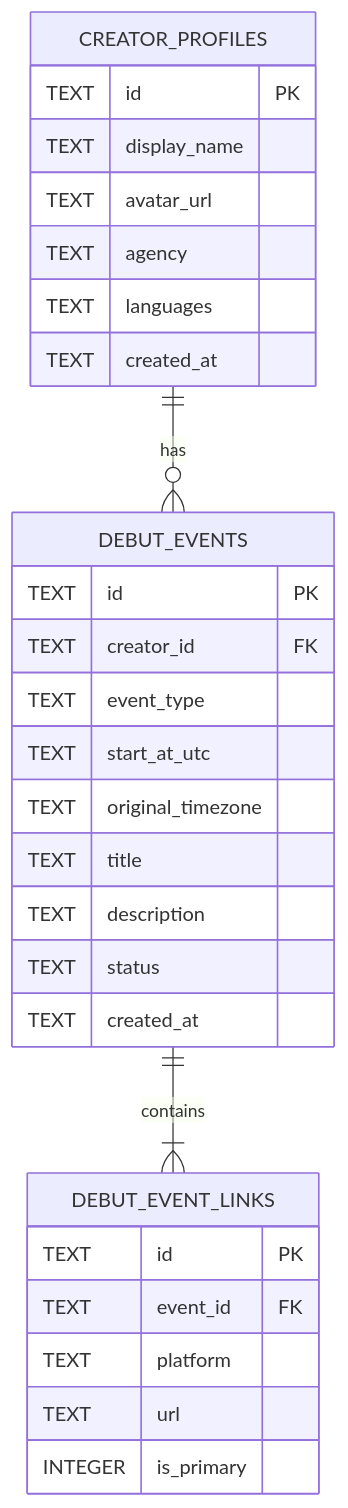
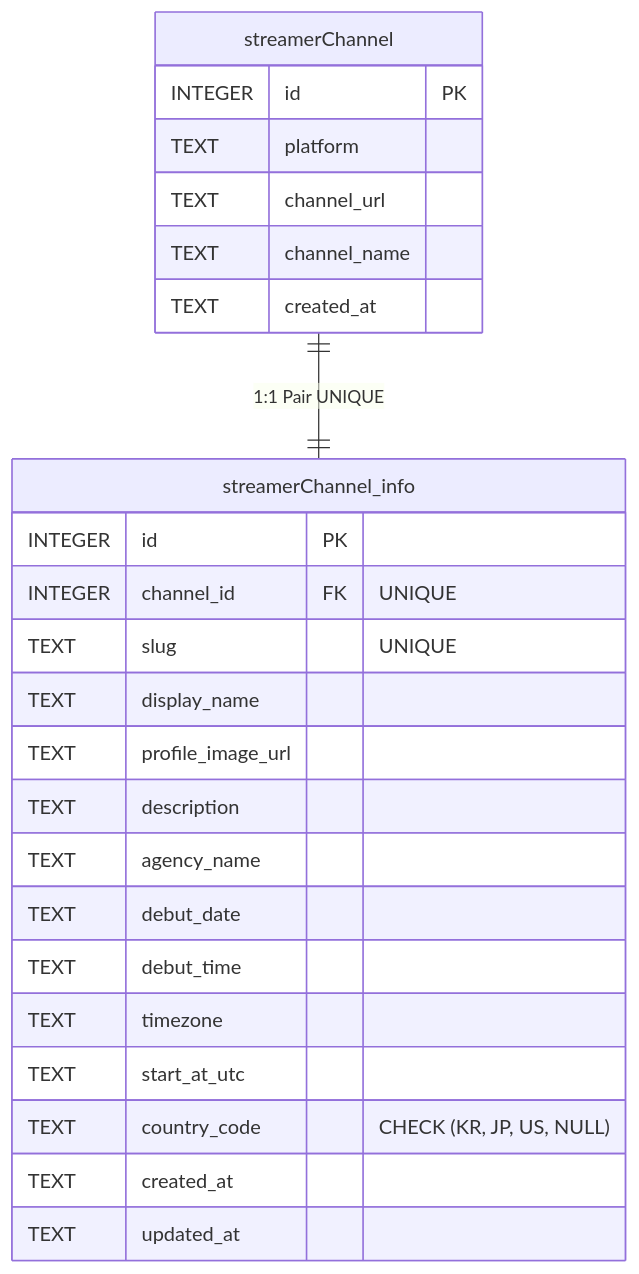
The diagram in 1. 기획문서/03_DATABASE_SCHEMA.md (Ji-ChangKim/StreamingService), drawn with Mermaid before and after one commit. The commit also changed other lines of this file and 33 other files, not shown here.

````diff
--- a/1. 기획문서/03_DATABASE_SCHEMA.md
+++ b/1. 기획문서/03_DATABASE_SCHEMA.md
@@ -10,34 +10,29 @@
 ```mermaid
 erDiagram
-    CREATOR_PROFILES ||--o{ DEBUT_EVENTS : "has"
-    DEBUT_EVENTS ||--|{ DEBUT_EVENT_LINKS : "contains"
+    streamerChannel ||--|| streamerChannel_info : "1:1 Pair UNIQUE"
 
-    CREATOR_PROFILES {
-        TEXT id PK
-        TEXT display_name
-        TEXT avatar_url
-        TEXT agency
-        TEXT languages
+    streamerChannel {
+        INTEGER id PK
+        TEXT platform
+        TEXT channel_url
+        TEXT channel_name
         TEXT created_at
     }
 
-    DEBUT_EVENTS {
-        TEXT id PK
-        TEXT creator_id FK
-        TEXT event_type
+    streamerChannel_info {
+        INTEGER id PK
+        INTEGER channel_id FK "UNIQUE"
+        TEXT slug "UNIQUE"
+        TEXT display_name
+        TEXT profile_image_url
+        TEXT description
+        TEXT agency_name
+        TEXT debut_date
+        TEXT debut_time
+        TEXT timezone
         TEXT start_at_utc
-        TEXT original_timezone
-        TEXT title
-        TEXT description
-        TEXT status
+        TEXT country_code "CHECK (KR, JP, US, NULL)"
         TEXT created_at
-    }
-
-    DEBUT_EVENT_LINKS {
-        TEXT id PK
-        TEXT event_id FK
-        TEXT platform
-        TEXT url
-        INTEGER is_primary
+        TEXT updated_at
     }
 ```
````
